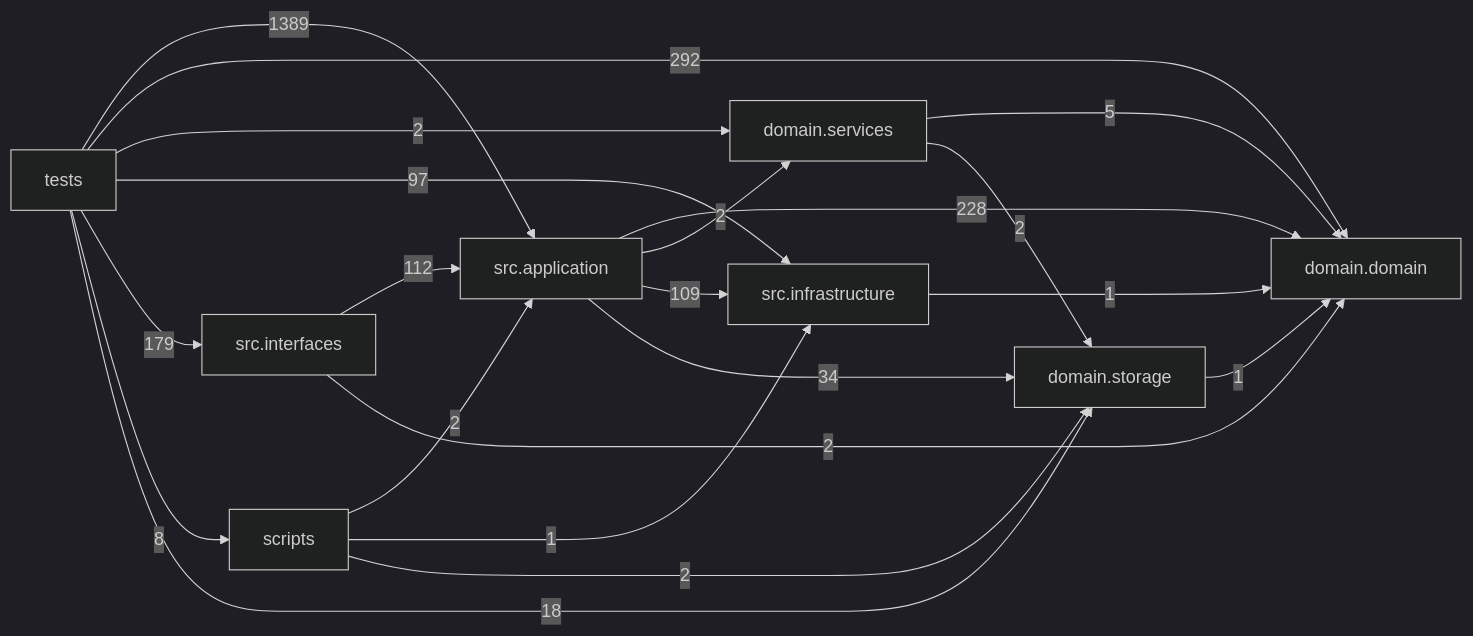
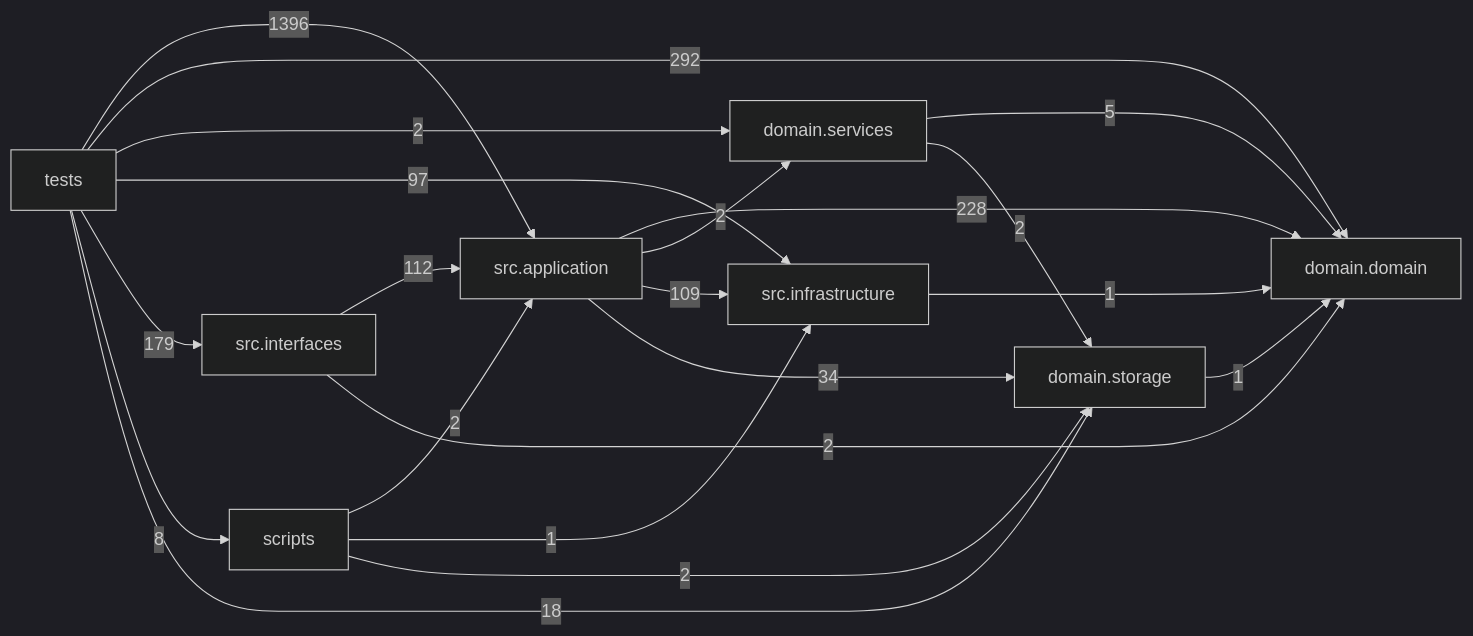
One commit to liuxie066/options-monitor changed the diagram in docs/DEPENDENCY_GRAPH.md. Above: the diagram before and after it, drawn with Mermaid (dark theme). The commit also changed other lines of this file and 25 other files, not shown here.

````diff
--- a/docs/DEPENDENCY_GRAPH.md
+++ b/docs/DEPENDENCY_GRAPH.md
@@ -24,31 +24,31 @@
 ```mermaid
 flowchart LR
   tests["tests"]
   scripts["scripts"]
   interfaces["src.interfaces"]
   application["src.application"]
   infrastructure["src.infrastructure"]
   domain_services["domain.services"]
   domain["domain.domain"]
   storage["domain.storage"]
   application -->|228| domain
   application -->|2| domain_services
   application -->|109| infrastructure
   application -->|34| storage
   domain_services -->|5| domain
   domain_services -->|2| storage
   infrastructure -->|1| domain
   interfaces -->|112| application
   interfaces -->|2| domain
   scripts -->|2| application
   scripts -->|1| infrastructure
   scripts -->|2| storage
   storage -->|1| domain
-  tests -->|1389| application
+  tests -->|1396| application
   tests -->|292| domain
   tests -->|2| domain_services
   tests -->|97| infrastructure
   tests -->|179| interfaces
   tests -->|8| scripts
   tests -->|18| storage
 ```
````
